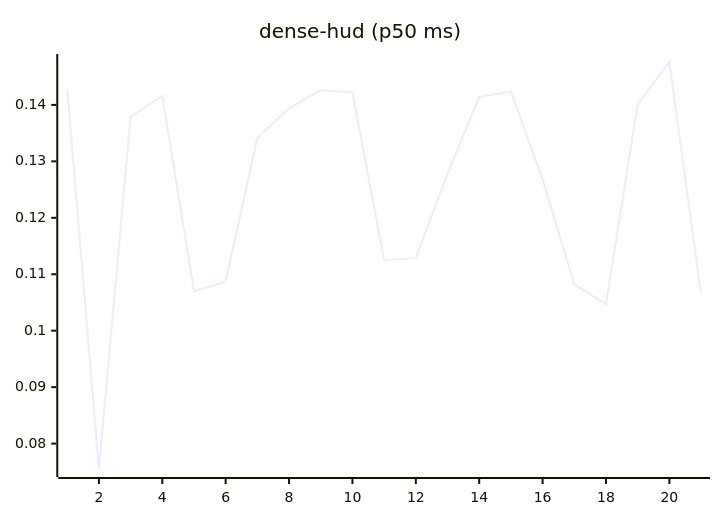
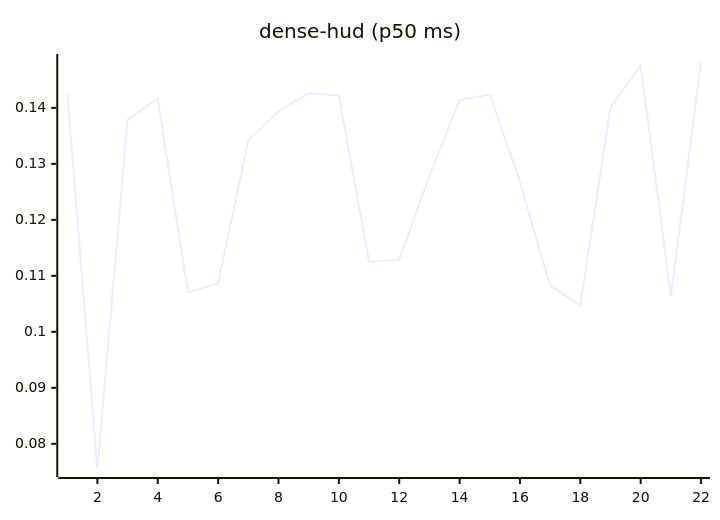
One commit to josha/Facet changed the eighth of 27 diagrams in README.md. Above: the diagram before and after it, drawn with Mermaid. The commit also changed other lines of this file and 2 other files, not shown here.

````diff
--- a/README.md
+++ b/README.md
@@ -112,6 +112,6 @@
 ```mermaid
 xychart-beta
     title "dense-hud (p50 ms)"
-    x-axis 1 --> 21
-    line [0.1428, 0.0755, 0.1379, 0.1416, 0.1070, 0.1087, 0.1342, 0.1394, 0.1426, 0.1422, 0.1125, 0.1129, 0.1278, 0.1414, 0.1424, 0.1268, 0.1082, 0.1047, 0.1401, 0.1476, 0.1064]
+    x-axis 1 --> 22
+    line [0.1428, 0.0755, 0.1379, 0.1416, 0.1070, 0.1087, 0.1342, 0.1394, 0.1426, 0.1422, 0.1125, 0.1129, 0.1278, 0.1414, 0.1424, 0.1268, 0.1082, 0.1047, 0.1401, 0.1476, 0.1064, 0.1482]
 ```
````
